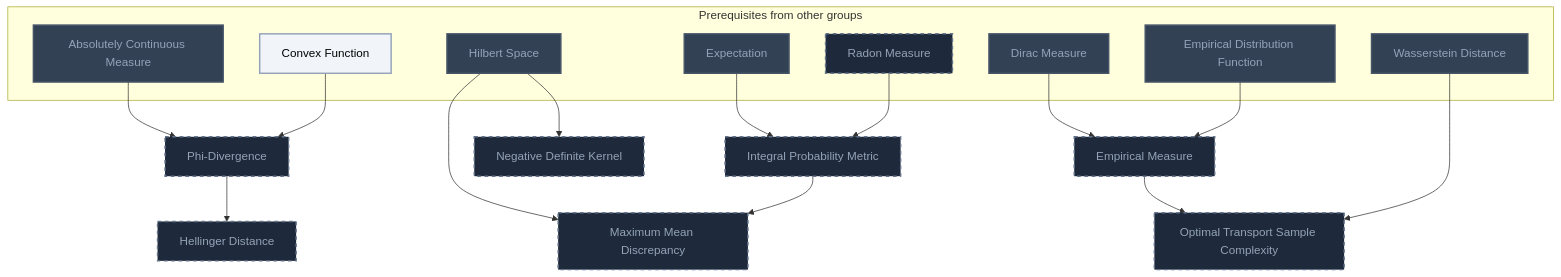
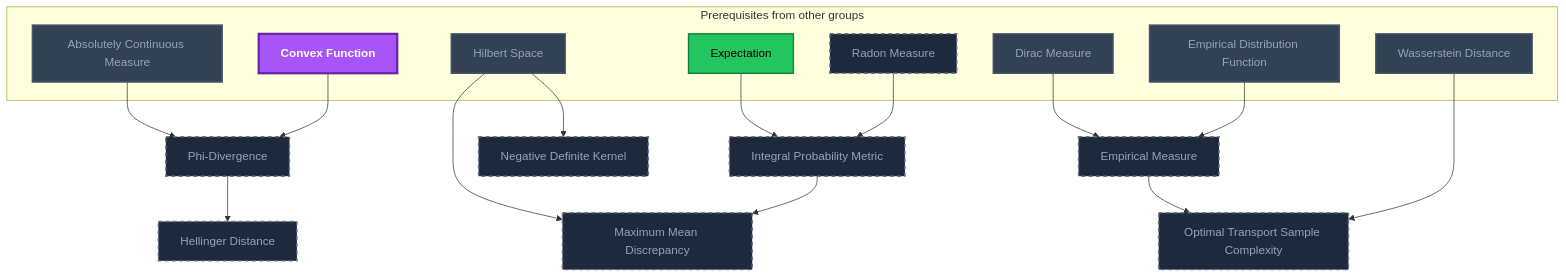
One commit to MRauf1/My-Notes changed the seventh of 9 diagrams in Gamification/Skill Trees/Optimal Transport.md. Above: the diagram before and after it, drawn with Mermaid. The commit also changed other lines of this file and 145 other files, not shown here.

````diff
--- a/Gamification/Skill Trees/Optimal Transport.md
+++ b/Gamification/Skill Trees/Optimal Transport.md
@@ -322,45 +329,46 @@
 ```mermaid
 flowchart TD
     classDef planned fill:#1E293B,stroke:#64748B,stroke-width:2px,stroke-dasharray:5 5,color:#94A3B8;
     classDef locked fill:#334155,stroke:#475569,stroke-width:2px,color:#94A3B8;
     classDef L0 fill:#F1F5F9,stroke:#94A3B8,stroke-width:2px,color:#000000;
     classDef L1 fill:#22C55E,stroke:#15803D,stroke-width:2px,color:#000000;
     classDef L2 fill:#3B82F6,stroke:#1D4ED8,stroke-width:3px,color:#FFFFFF;
     classDef L3 fill:#A855F7,stroke:#6B21A8,stroke-width:3px,color:#FFFFFF,font-weight:bold;
     classDef L4 fill:#F97316,stroke:#C2410C,stroke-width:4px,color:#000000,font-weight:bold;
     classDef L5 fill:#FFD700,stroke:#FF8C00,stroke-width:5px,color:#000000,font-weight:bold;
     classDef rusty stroke:#8B4513,stroke-width:4px,stroke-dasharray:3 3;
     subgraph sg_prereqs["Prerequisites from other groups"]
         n_absolutely_continuous_measure["Absolutely Continuous Measure"]
         n_convex_function["Convex Function"]
         n_expectation["Expectation"]
         n_radon_measure["Radon Measure"]
         n_hilbert_space["Hilbert Space"]
         n_dirac_measure["Dirac Measure"]
         n_empirical_distribution_function["Empirical Distribution Function"]
         n_wasserstein_distance["Wasserstein Distance"]
     end
     n_phi_divergence["Phi-Divergence"]
     n_hellinger_distance["Hellinger Distance"]
     n_integral_probability_metric["Integral Probability Metric"]
     n_maximum_mean_discrepancy["Maximum Mean Discrepancy"]
     n_negative_definite_kernel["Negative Definite Kernel"]
     n_empirical_measure["Empirical Measure"]
     n_optimal_transport_sample_complexity["Optimal Transport Sample Complexity"]
     n_absolutely_continuous_measure --> n_phi_divergence
     n_convex_function --> n_phi_divergence
     n_phi_divergence --> n_hellinger_distance
     n_expectation --> n_integral_probability_metric
     n_radon_measure --> n_integral_probability_metric
     n_hilbert_space --> n_maximum_mean_discrepancy
     n_integral_probability_metric --> n_maximum_mean_discrepancy
     n_hilbert_space --> n_negative_definite_kernel
     n_dirac_measure --> n_empirical_measure
     n_empirical_distribution_function --> n_empirical_measure
     n_empirical_measure --> n_optimal_transport_sample_complexity
     n_wasserstein_distance --> n_optimal_transport_sample_complexity
     class n_radon_measure,n_phi_divergence,n_hellinger_distance,n_integral_probability_metric,n_maximum_mean_discrepancy,n_negative_definite_kernel,n_empirical_measure,n_optimal_transport_sample_complexity planned;
-    class n_absolutely_continuous_measure,n_expectation,n_hilbert_space,n_dirac_measure,n_empirical_distribution_function,n_wasserstein_distance locked;
-    class n_convex_function L0;
+    class n_absolutely_continuous_measure,n_hilbert_space,n_dirac_measure,n_empirical_distribution_function,n_wasserstein_distance locked;
+    class n_expectation L1;
+    class n_convex_function L3;
     class n_absolutely_continuous_measure,n_convex_function,n_expectation,n_hilbert_space,n_dirac_measure,n_empirical_distribution_function,n_wasserstein_distance internal-link;
 ```
````
